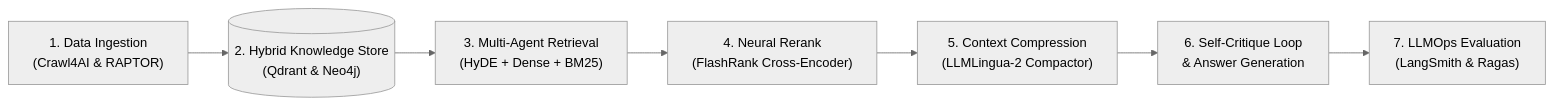
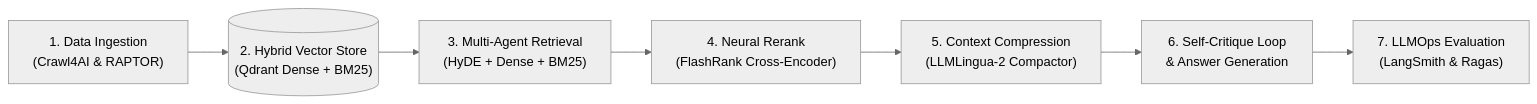
Before and after one commit to boycececil666gmailcom/Enterprise-RAG-Engine: the first of 3 diagrams in README.md, drawn with Mermaid. The commit also changed other lines of this file and 33 other files, not shown here.

````diff
--- a/README.md
+++ b/README.md
@@ -22,13 +19,13 @@
 ```mermaid
 ---
 config:
   theme: neutral
 ---
 flowchart LR
-    A["1. Data Ingestion<br/>(Crawl4AI & RAPTOR)"] --> B[("2. Hybrid Knowledge Store<br/>(Qdrant & Neo4j)")]
+    A["1. Data Ingestion<br/>(Crawl4AI & RAPTOR)"] --> B[("2. Hybrid Vector Store<br/>(Qdrant Dense + BM25)")]
     B --> C["3. Multi-Agent Retrieval<br/>(HyDE + Dense + BM25)"]
     C --> D["4. Neural Rerank<br/>(FlashRank Cross-Encoder)"]
     D --> E["5. Context Compression<br/>(LLMLingua-2 Compactor)"]
     E --> F["6. Self-Critique Loop<br/>& Answer Generation"]
     F --> G["7. LLMOps Evaluation<br/>(LangSmith & Ragas)"]
 ```
````
